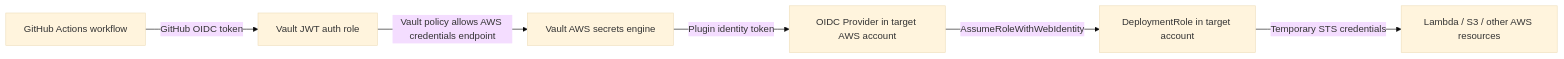
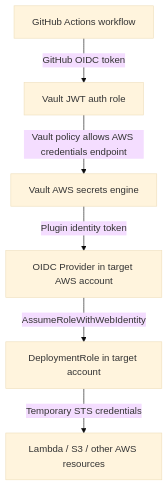
Before and after one commit to wonchoe/cei-test: the first of 3 diagrams in aws-vault.md, drawn with Mermaid (base theme). The commit also changed other lines of this file, not shown here.

Commit message:
Switch AWS Vault diagrams to vertical layout

````diff
--- a/aws-vault.md
+++ b/aws-vault.md
@@ -31,8 +31,8 @@
 ```mermaid
-flowchart LR
+flowchart TB
   github["GitHub Actions workflow"] -->|"GitHub OIDC token"| vaultJwt["Vault JWT auth role"]
   vaultJwt -->|"Vault policy allows AWS credentials endpoint"| vaultAws["Vault AWS secrets engine"]
   vaultAws -->|"Plugin identity token"| accountProvider["OIDC Provider in target AWS account"]
   accountProvider -->|"AssumeRoleWithWebIdentity"| deployRole["DeploymentRole in target account"]
   deployRole -->|"Temporary STS credentials"| awsResources["Lambda / S3 / other AWS resources"]
 ```
````
